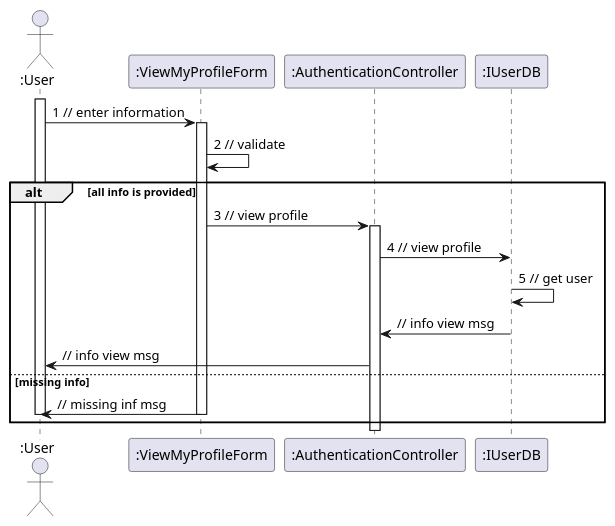
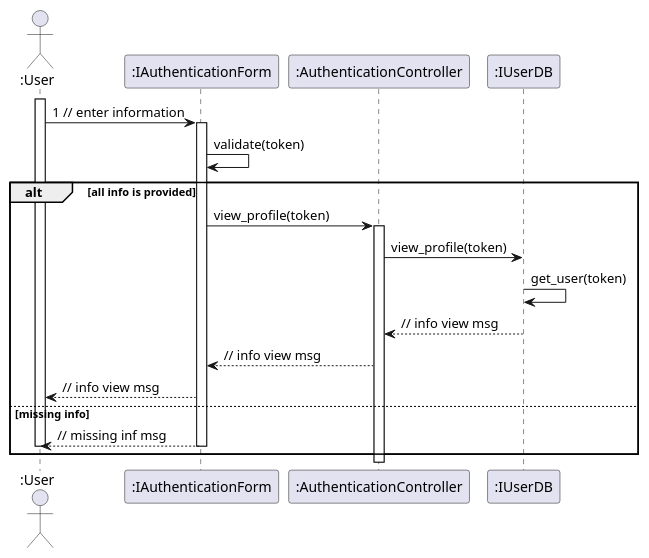
The diagram in sequence - design/authentication/viewMyProfile.plantuml (anonyhostvn/OOAD-Diagram), drawn with PlantUML before and after one commit. The commit also changed 14 other files, not shown here.

Commit message:
sequenceDiagramAuthenticationUpdateFull

```diff
--- a/sequence - design/authentication/viewMyProfile.plantuml
+++ b/sequence - design/authentication/viewMyProfile.plantuml
@@ -1,23 +1,25 @@
 @startuml
 actor ":User"
 
 activate ":User"
-":User" -> ":ViewMyProfileForm" : 1 // enter information
-activate ":ViewMyProfileForm"
-":ViewMyProfileForm" -> ":ViewMyProfileForm" : 2 // validate
+":User" -> ":IAuthenticationForm" : 1 // enter information
+activate ":IAuthenticationForm"
+":IAuthenticationForm" -> ":IAuthenticationForm" : validate(token)
+
 alt all info is provided
 
-":ViewMyProfileForm" -> ":AuthenticationController" : 3 // view profile
+":IAuthenticationForm" -> ":AuthenticationController" : view_profile(token)
 activate ":AuthenticationController"
-":AuthenticationController" -> ":IUserDB" : 4 // view profile
-":IUserDB" -> ":IUserDB" : 5 // get user
-":IUserDB" -> ":AuthenticationController" : // info view msg
-":AuthenticationController"  -> ":User" : // info view msg
+":AuthenticationController" -> ":IUserDB" : view_profile(token)
+":IUserDB" -> ":IUserDB" : get_user(token)
 
+":IUserDB" --> ":AuthenticationController" : // info view msg
+":AuthenticationController"  --> ":IAuthenticationForm" : // info view msg
+":IAuthenticationForm" --> ":User" : // info view msg
 else missing info
 
-":ViewMyProfileForm" -> ":User" : // missing inf msg
-deactivate ":ViewMyProfileForm"
+":IAuthenticationForm" --> ":User" : // missing inf msg
+deactivate ":IAuthenticationForm"
 deactivate ":User"
 end
 @enduml
```
